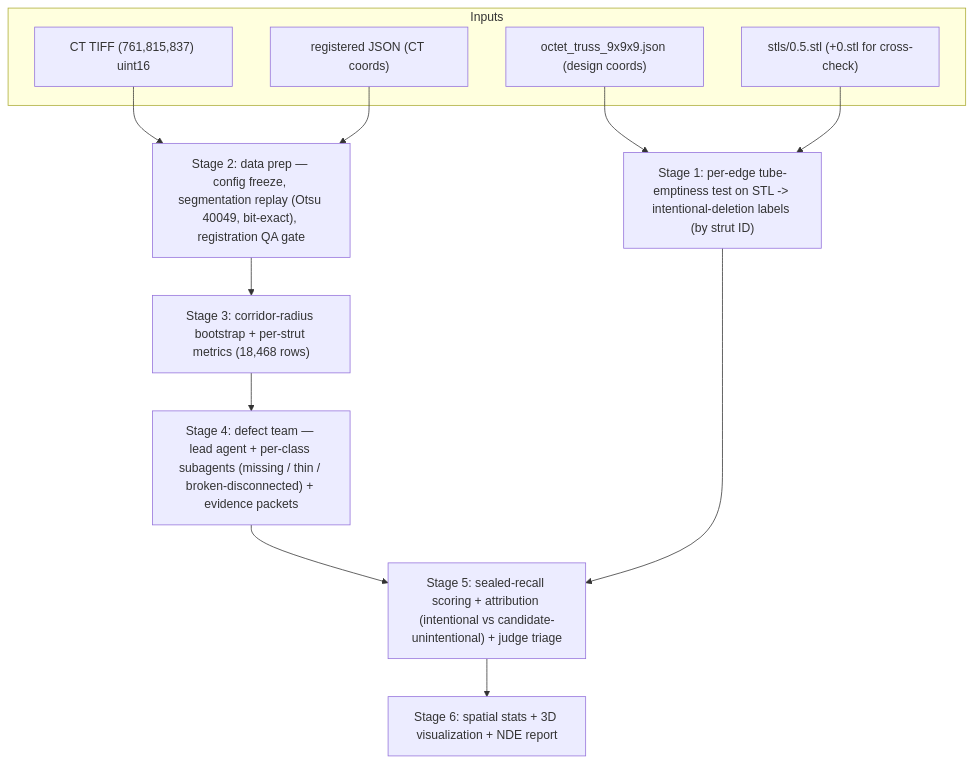
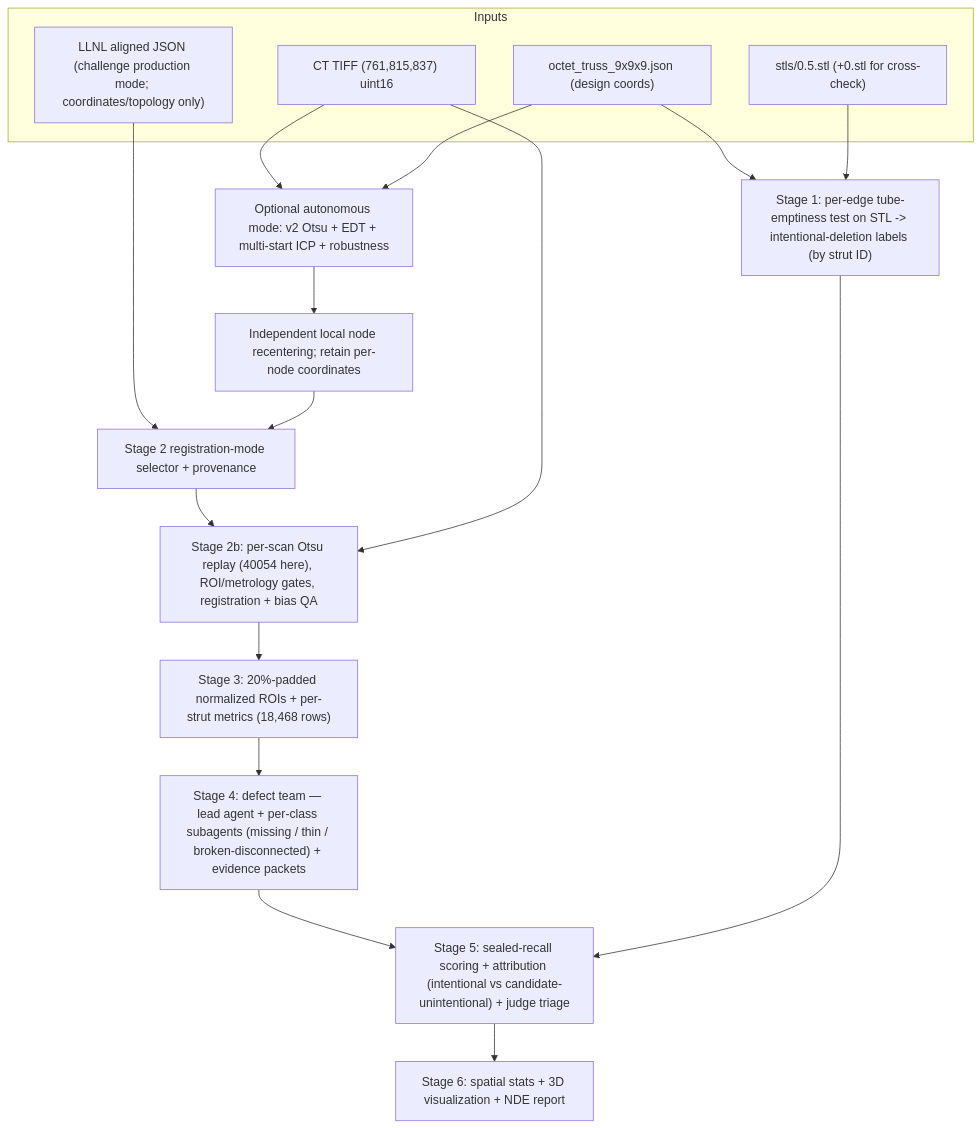
One commit to ImDannyVilla/llnl_data_science_challenge_2026 changed the diagram in notes/PART2_DESIGN.md. Above: the diagram before and after it, drawn with Mermaid. The commit also changed other lines of this file, not shown here.

Commit message:
Update Part 2 registration design

````diff
--- a/notes/PART2_DESIGN.md
+++ b/notes/PART2_DESIGN.md
@@ -85,18 +97,23 @@
 ```mermaid
 flowchart TD
     subgraph inputs [Inputs]
         STL["stls/0.5.stl (+0.stl for cross-check)"]
         TIF["CT TIFF (761,815,837) uint16"]
-        RJ["registered JSON (CT coords)"]
+        RJ["LLNL aligned JSON (challenge production mode; coordinates/topology only)"]
         NJ["octet_truss_9x9x9.json (design coords)"]
     end
     NJ --> S1["Stage 1: per-edge tube-emptiness test on STL -> intentional-deletion labels (by strut ID)"]
     STL --> S1
-    TIF --> S2["Stage 2: data prep — config freeze, segmentation replay (Otsu 40049, bit-exact), registration QA gate"]
-    RJ --> S2
-    S2 --> S3["Stage 3: corridor-radius bootstrap + per-strut metrics (18,468 rows)"]
+    TIF --> V2["Optional autonomous mode: v2 Otsu + EDT + multi-start ICP + robustness"]
+    NJ --> V2
+    V2 --> LR["Independent local node recentering; retain per-node coordinates"]
+    RJ --> S2["Stage 2 registration-mode selector + provenance"]
+    LR --> S2
+    S2 --> S2B["Stage 2b: per-scan Otsu replay (40054 here), ROI/metrology gates, registration + bias QA"]
+    TIF --> S2B
+    S2B --> S3["Stage 3: 20%-padded normalized ROIs + per-strut metrics (18,468 rows)"]
     S3 --> S4["Stage 4: defect team — lead agent + per-class subagents (missing / thin / broken-disconnected) + evidence packets"]
     S4 --> S5["Stage 5: sealed-recall scoring + attribution (intentional vs candidate-unintentional) + judge triage"]
     S1 --> S5
     S5 --> S6["Stage 6: spatial stats + 3D visualization + NDE report"]
 ```
````
